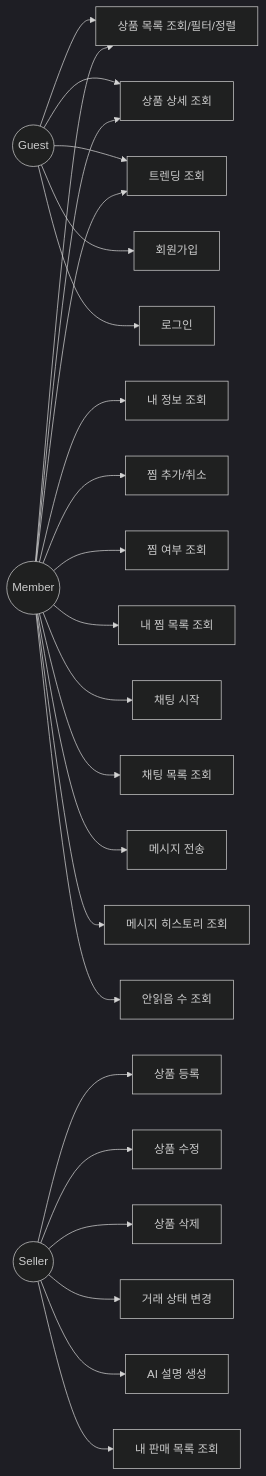
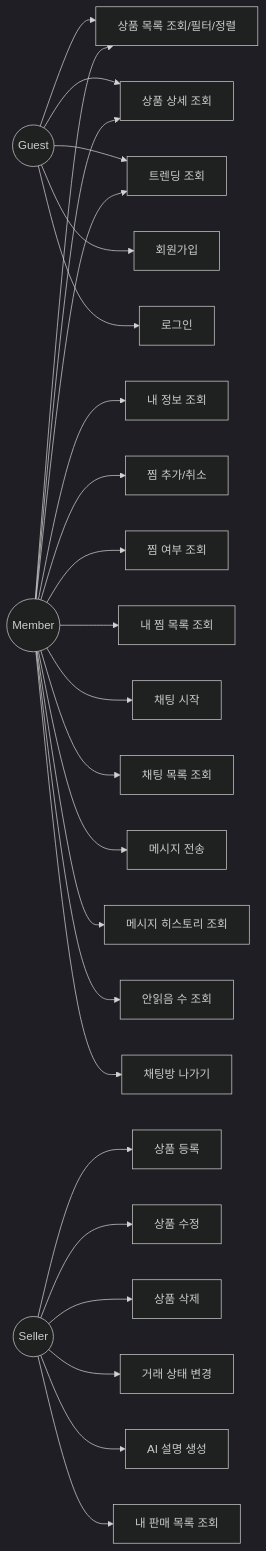
The diagram in architecture/use-cases.md (cherry-market/cherry-architecture), drawn with Mermaid (dark theme) before and after one commit. The commit also changed other lines of this file and 4 other files, not shown here.

````diff
--- a/architecture/use-cases.md
+++ b/architecture/use-cases.md
@@ -3,32 +3,33 @@
 ```mermaid
 flowchart LR
   Guest((Guest))
   Member((Member))
   Seller((Seller))
 
   Guest --> Browse[상품 목록 조회/필터/정렬]
   Guest --> View[상품 상세 조회]
   Guest --> Trending[트렌딩 조회]
   Guest --> Signup[회원가입]
   Guest --> Login[로그인]
 
   Member --> Browse
   Member --> View
   Member --> Trending
   Member --> Me[내 정보 조회]
   Member --> Like[찜 추가/취소]
   Member --> LikeStatus[찜 여부 조회]
   Member --> LikesList[내 찜 목록 조회]
   Member --> ChatStart[채팅 시작]
   Member --> ChatList[채팅 목록 조회]
   Member --> ChatSend[메시지 전송]
   Member --> ChatHistory[메시지 히스토리 조회]
   Member --> ChatUnread[안읽음 수 조회]
+  Member --> ChatLeave[채팅방 나가기]
 
   Seller --> ProductCreate[상품 등록]
   Seller --> ProductEdit[상품 수정]
   Seller --> ProductDelete[상품 삭제]
   Seller --> StatusChange[거래 상태 변경]
   Seller --> AIGenerate[AI 설명 생성]
   Seller --> MySales[내 판매 목록 조회]
 ```
````
